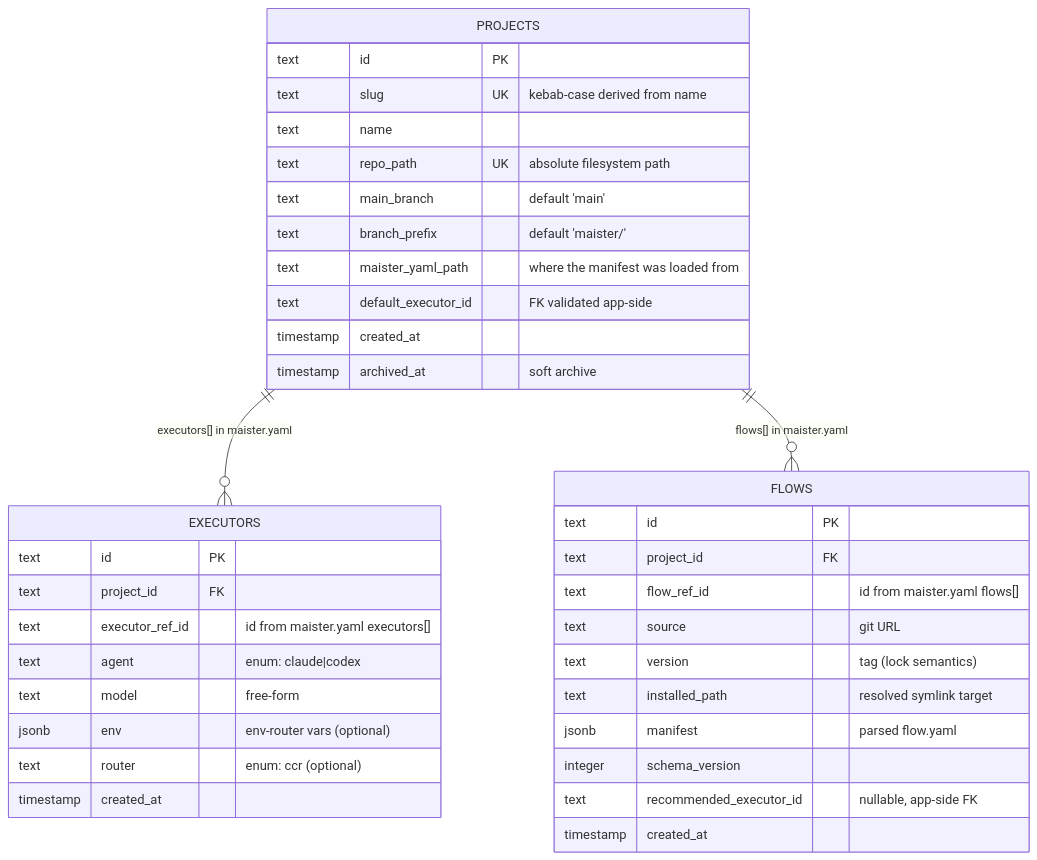
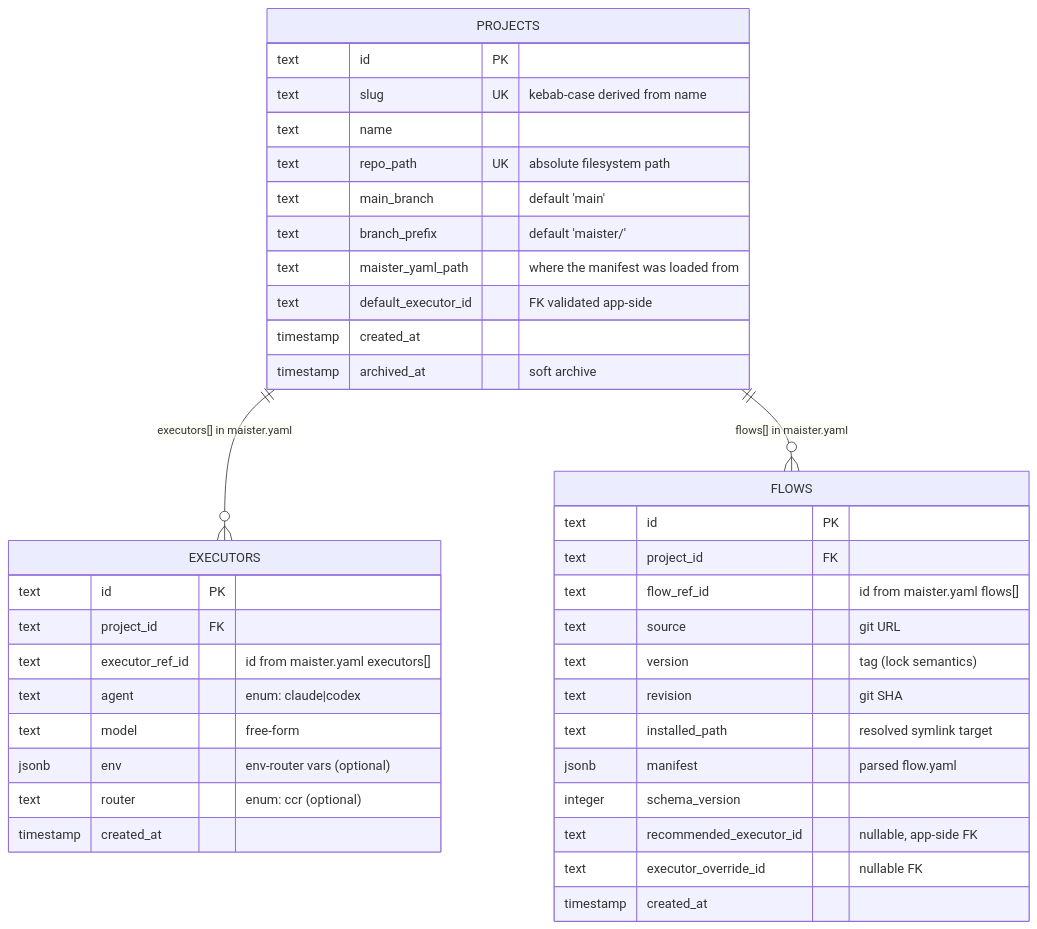
One commit to maister-dev/maister changed the diagram in docs/db/projects-domain.md. Above: the diagram before and after it, drawn with Mermaid. The commit also changed other lines of this file and 46 other files, not shown here.

````diff
--- a/docs/db/projects-domain.md
+++ b/docs/db/projects-domain.md
@@ -9,42 +9,44 @@
 ```mermaid
 erDiagram
     PROJECTS ||--o{ EXECUTORS : "executors[] in maister.yaml"
     PROJECTS ||--o{ FLOWS : "flows[] in maister.yaml"
 
     PROJECTS {
         text id PK
         text slug UK "kebab-case derived from name"
         text name
         text repo_path UK "absolute filesystem path"
         text main_branch "default 'main'"
         text branch_prefix "default 'maister/'"
         text maister_yaml_path "where the manifest was loaded from"
         text default_executor_id "FK validated app-side"
         timestamp created_at
         timestamp archived_at "soft archive"
     }
 
     EXECUTORS {
         text id PK
         text project_id FK
         text executor_ref_id "id from maister.yaml executors[]"
         text agent "enum: claude|codex"
         text model "free-form"
         jsonb env "env-router vars (optional)"
         text router "enum: ccr (optional)"
         timestamp created_at
     }
 
     FLOWS {
         text id PK
         text project_id FK
         text flow_ref_id "id from maister.yaml flows[]"
         text source "git URL"
         text version "tag (lock semantics)"
+        text revision "git SHA"
         text installed_path "resolved symlink target"
         jsonb manifest "parsed flow.yaml"
         integer schema_version
         text recommended_executor_id "nullable, app-side FK"
+        text executor_override_id "nullable FK"
         timestamp created_at
     }
 ```
````
